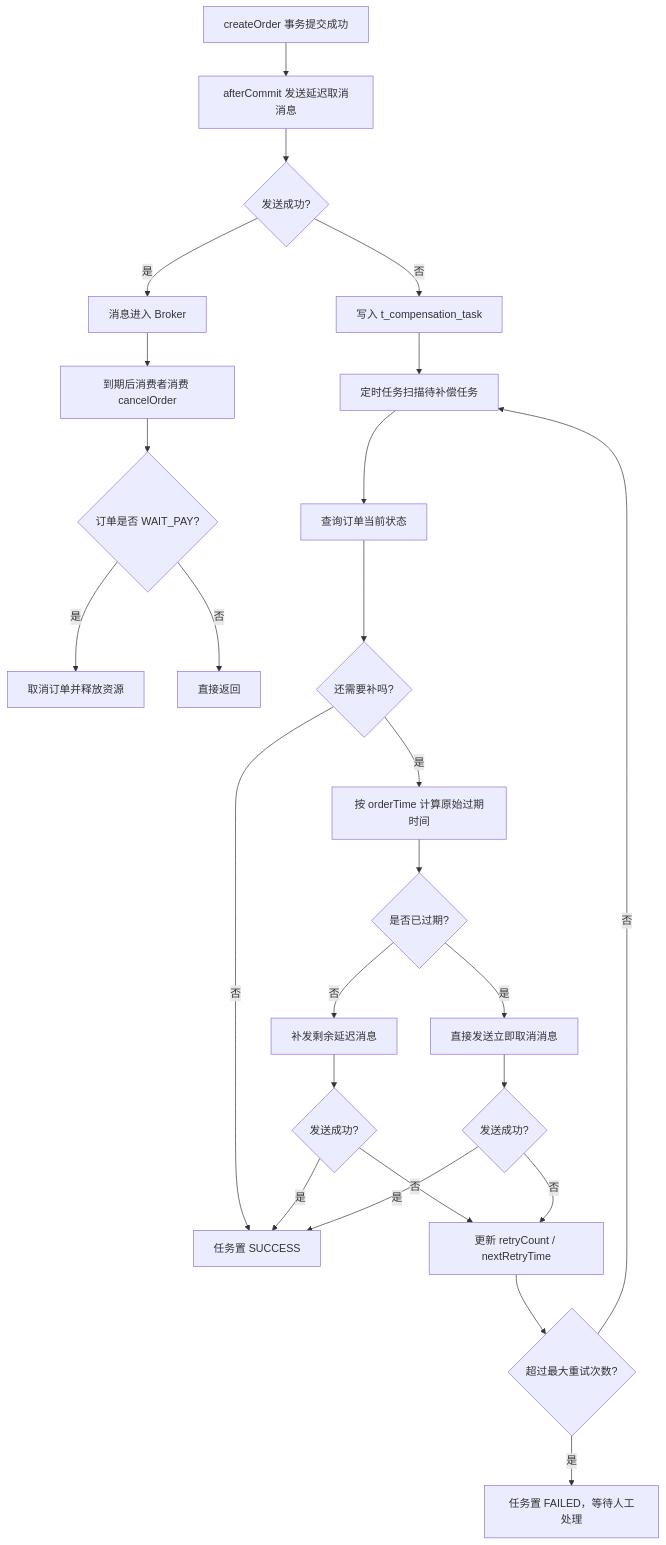
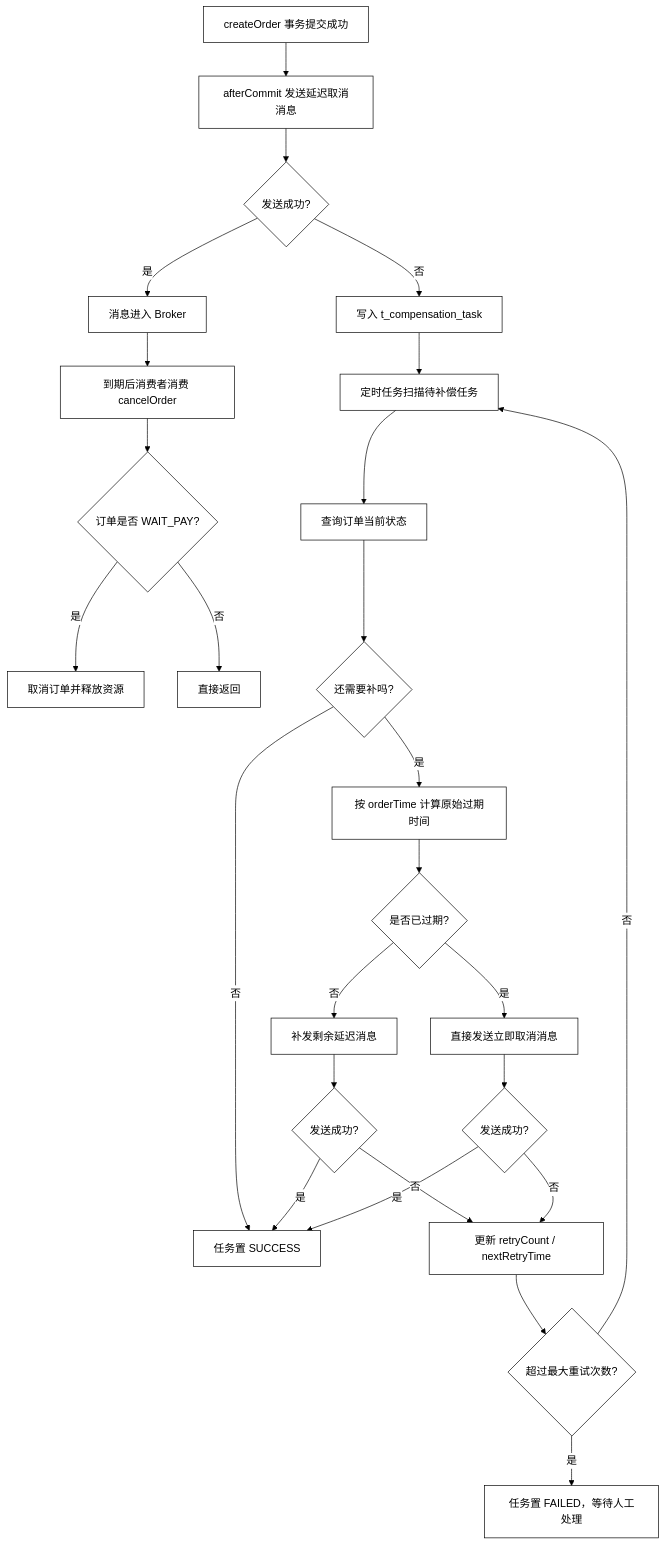
The second of 2 diagrams in README.md (LetMeSleep8h/TickGo), drawn with Mermaid before and after one commit. The commit also changed other lines of this file, not shown here.

Commit message:
Add mermaid diagrams for system architecture and order compensation

````diff
--- a/README.md
+++ b/README.md
@@ -208,30 +226,48 @@
 ```mermaid
+%%{init: {'theme': 'base', 'themeVariables': {
+  'background': '#ffffff',
+  'primaryColor': '#ffffff',
+  'primaryTextColor': '#000000',
+  'primaryBorderColor': '#000000',
+  'secondaryColor': '#ffffff',
+  'secondaryTextColor': '#000000',
+  'secondaryBorderColor': '#000000',
+  'tertiaryColor': '#ffffff',
+  'tertiaryTextColor': '#000000',
+  'tertiaryBorderColor': '#000000',
+  'lineColor': '#000000',
+  'textColor': '#000000',
+  'mainBkg': '#ffffff',
+  'nodeBorder': '#000000',
+  'clusterBkg': '#ffffff',
+  'clusterBorder': '#000000'
+}}}%%
 flowchart TD
     A["createOrder 事务提交成功"] --> B["afterCommit 发送延迟取消消息"]
     B --> C{"发送成功?"}
 
     C -->|是| D["消息进入 Broker"]
     D --> E["到期后消费者消费 cancelOrder"]
     E --> F{"订单是否 WAIT_PAY?"}
     F -->|是| G["取消订单并释放资源"]
     F -->|否| H["直接返回"]
 
     C -->|否| I["写入 t_compensation_task"]
     I --> J["定时任务扫描待补偿任务"]
     J --> K["查询订单当前状态"]
     K --> L{"还需要补吗?"}
     L -->|否| M["任务置 SUCCESS"]
     L -->|是| N["按 orderTime 计算原始过期时间"]
     N --> O{"是否已过期?"}
     O -->|否| P["补发剩余延迟消息"]
     O -->|是| Q["直接发送立即取消消息"]
     P --> R{"发送成功?"}
     Q --> S{"发送成功?"}
     R -->|是| M
     S -->|是| M
     R -->|否| T["更新 retryCount / nextRetryTime"]
     S -->|否| T
     T --> U{"超过最大重试次数?"}
     U -->|否| J
     U -->|是| V["任务置 FAILED，等待人工处理"]
 ```
````
